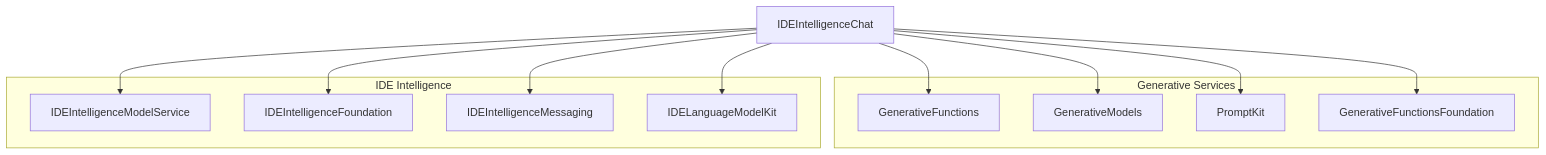
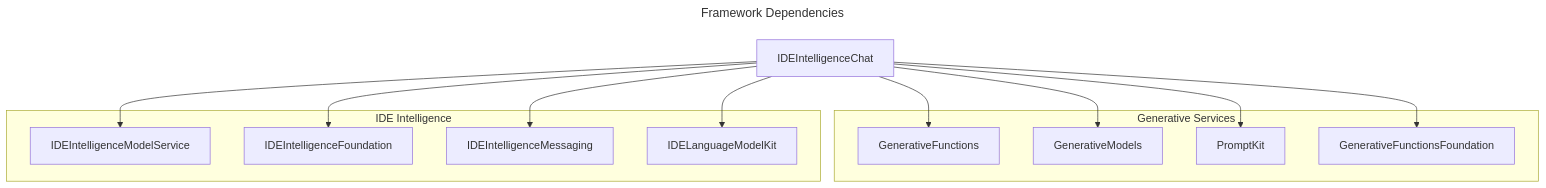
One commit to WeZZard/MyWorks changed the third of 3 diagrams in 2025-08-31-the-cupertino-ghost-in-the-machine/index_raw.md. Above: the diagram before and after it, drawn with Mermaid. The commit also changed other lines of this file and 3 other files, not shown here.

Commit message:
Refines the texts and adds the accessibility descriptions to the diagrams.

````diff
--- a/2025-08-31-the-cupertino-ghost-in-the-machine/index_raw.md
+++ b/2025-08-31-the-cupertino-ghost-in-the-machine/index_raw.md
@@ -320,26 +324,31 @@
 ```mermaid
+---
+title: "Framework Dependencies"
+accTitle: "Framework Dependencies"
+accDescr: "A dependency diagram for the 'IDEIntelligenceChat' framework. The diagram shows that 'IDEIntelligenceChat' depends on two main groups of frameworks. The first group, labeled 'IDE Intelligence,' includes 'IDEIntelligenceModelService,' 'IDEIntelligenceFoundation,' 'IDEIntelligenceMessaging,' and 'IDELanguageModelKit.' The second group, labeled 'Generative Services,' includes 'GenerativeFunctions,' 'GenerativeModels,' 'PromptKit,' and 'GenerativeFunctionsFoundation'."
+---
 graph TD
     subgraph "Generative Services"
         GF["GenerativeFunctions"]
         GM["GenerativeModels"]
         PK["PromptKit"]
         GFF["GenerativeFunctionsFoundation"]
     end
 
     subgraph "IDE Intelligence"
         IIMS["IDEIntelligenceModelService"]
         IIF["IDEIntelligenceFoundation"]
         IIM["IDEIntelligenceMessaging"]
         IDLK["IDELanguageModelKit"]
     end
 
     IIC["IDEIntelligenceChat"] --> IIMS
     IIC --> IIF
     IIC --> IIM
     IIC --> IDLK
     
     IIC --> GF
     IIC --> GM
     IIC --> PK
     IIC --> GFF
 ```
````
